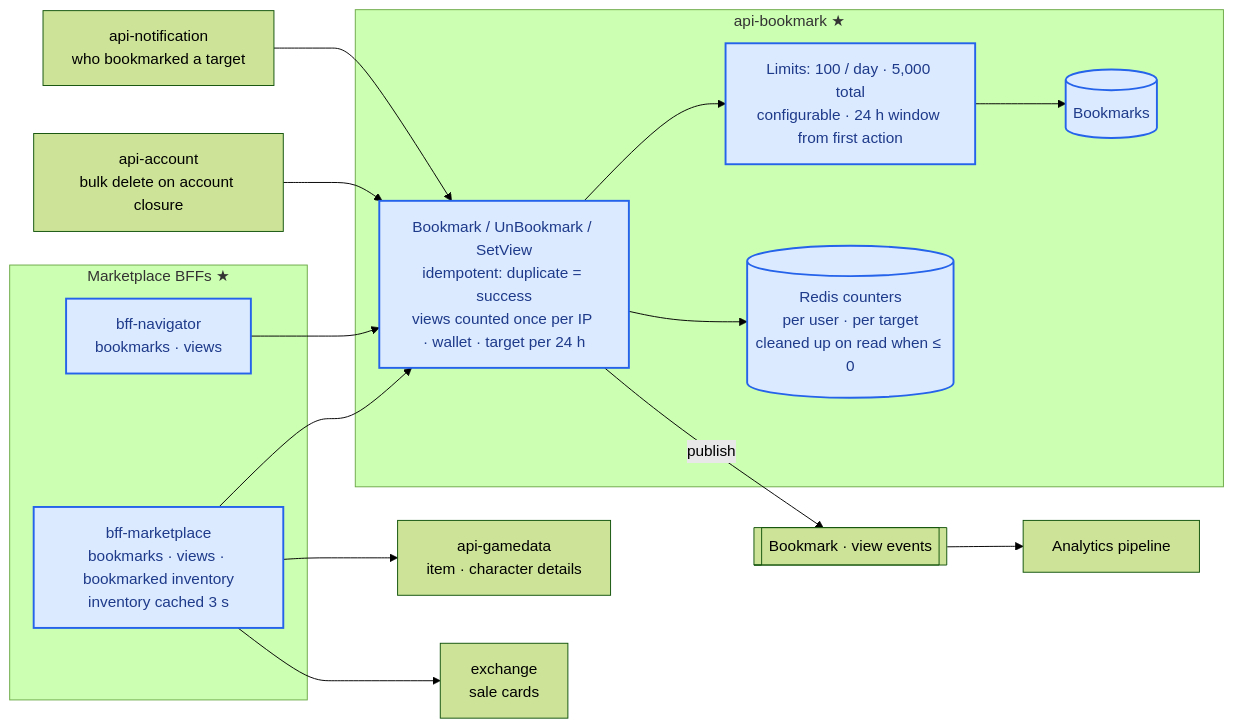
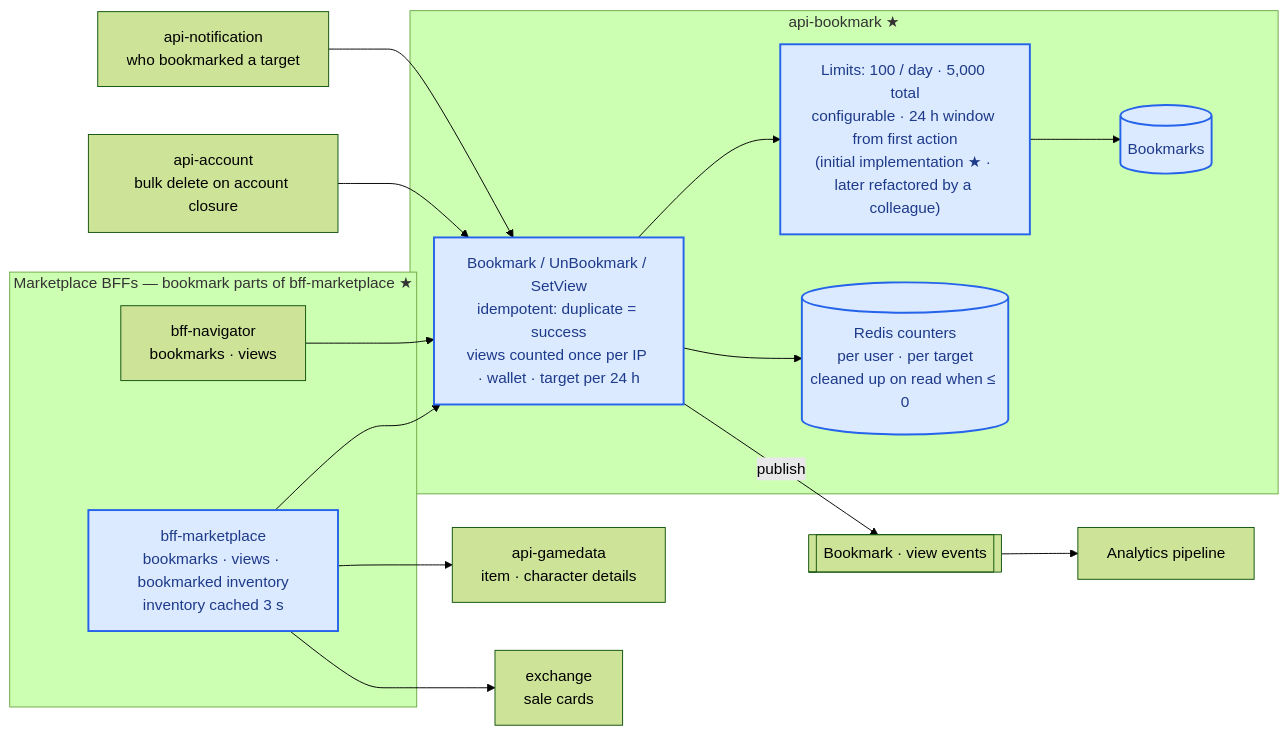
Before and after one commit to shalwxy/career: the diagram in content/diagrams/bookmark.en.mmd, drawn with Mermaid (forest theme). The commit also changed 18 other files, not shown here.

```diff
--- a/content/diagrams/bookmark.en.mmd
+++ b/content/diagrams/bookmark.en.mmd
@@ -1,24 +1,24 @@
 %% title: api-bookmark — bookmarks / view counts and marketplace BFFs
 flowchart LR
-    subgraph BFF[Marketplace BFFs ★]
+    subgraph BFF["Marketplace BFFs — bookmark parts of bff-marketplace ★"]
         M[bff-marketplace<br/>bookmarks · views · bookmarked inventory<br/>inventory cached 3 s]
         NV[bff-navigator<br/>bookmarks · views]
     end
     subgraph BK[api-bookmark ★]
         H[Bookmark / UnBookmark / SetView<br/>idempotent: duplicate = success<br/>views counted once per IP · wallet · target per 24 h]
-        L[Limits: 100 / day · 5,000 total<br/>configurable · 24 h window from first action]
+        L["Limits: 100 / day · 5,000 total<br/>configurable · 24 h window from first action<br/>(initial implementation ★ · later refactored by a colleague)"]
         PG[(Bookmarks)]
         RD[(Redis counters<br/>per user · per target<br/>cleaned up on read when ≤ 0)]
     end
     AC[api-account<br/>bulk delete on account closure]
     NT[api-notification<br/>who bookmarked a target]
     GD[api-gamedata<br/>item · character details]
     EX[exchange<br/>sale cards]
     K[[Bookmark · view events]]
     M & NV --> H --> L --> PG
     H --> RD
     AC & NT --> H
     H -- publish --> K --> AN[Analytics pipeline]
     M --> GD & EX
     classDef mine fill:#dbeafe,stroke:#2563eb,stroke-width:2px,color:#1e3a8a
-    class M,NV,H,L,PG,RD mine
+    class M,H,L,PG,RD mine
```
